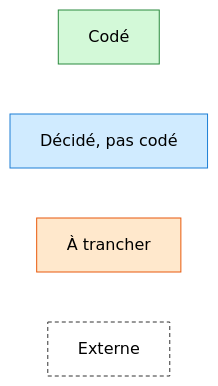
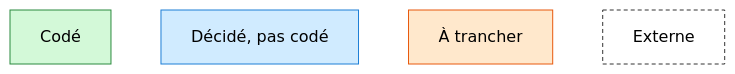
One commit to gvlaurent/elsewhere changed the first of 6 diagrams in docs/architecture.md. Above: the diagram before and after it, drawn with Mermaid.

Commit message:
docs: affiche la légende des statuts sur une seule ligne (ELS-12)

````diff
--- a/docs/architecture.md
+++ b/docs/architecture.md
@@ -13,12 +13,13 @@
 ```mermaid
 flowchart LR
     A["Codé"]:::code
     B["Décidé, pas codé"]:::decide
     C["À trancher"]:::trancher
     D["Externe"]:::externe
+    A ~~~ B ~~~ C ~~~ D
 
     classDef code fill:#d3f9d8,stroke:#2b8a3e,color:#000
     classDef decide fill:#d0ebff,stroke:#1c7ed6,color:#000
     classDef trancher fill:#ffe8cc,stroke:#e8590c,color:#000
     classDef externe fill:#ffffff,stroke:#333333,stroke-dasharray:4 3,color:#000
 ```
````
